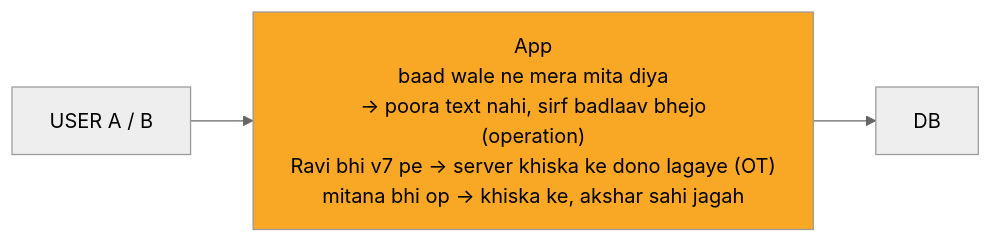
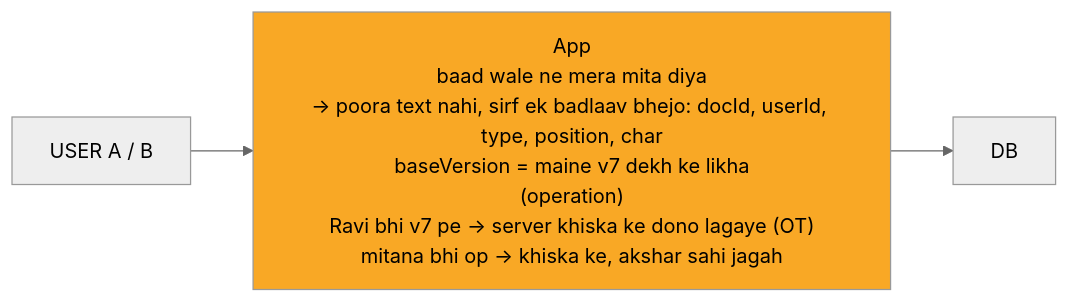
Before and after one commit to ArpanMaheshwari144/Prep: the second of 10 diagrams in 04_HLD/SYSTEM_DESIGNS/11_google_docs_collab/11_google_docs_collab.md, drawn with Mermaid (neutral theme). The commit also changed other lines of this file and 13 other files, not shown here.

````diff
--- a/04_HLD/SYSTEM_DESIGNS/11_google_docs_collab/11_google_docs_collab.md
+++ b/04_HLD/SYSTEM_DESIGNS/11_google_docs_collab/11_google_docs_collab.md
@@ -79,10 +83,10 @@
 ```mermaid
 %%{init: {"flowchart": {"wrappingWidth": 450}}}%%
 flowchart LR
     n_USER["USER A / B"]
-    n_App["App<br/>baad wale ne mera mita diya<br/>-> poora text nahi, sirf badlaav bhejo<br/>(operation)<br/>Ravi bhi v7 pe -> server khiska ke dono lagaye (OT)<br/>mitana bhi op -> khiska ke, akshar sahi jagah"]
+    n_App["App<br/>baad wale ne mera mita diya<br/>-> poora text nahi, sirf ek badlaav bhejo: docId, userId, type, position, char<br/>baseVersion = maine v7 dekh ke likha<br/>(operation)<br/>Ravi bhi v7 pe -> server khiska ke dono lagaye (OT)<br/>mitana bhi op -> khiska ke, akshar sahi jagah"]
     n_DB["DB"]
     n_USER --> n_App
     n_App --> n_DB
     style n_App fill:#f9a825,color:#000
 ```
````
